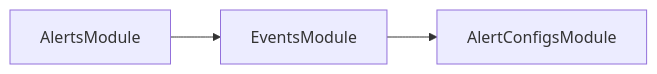
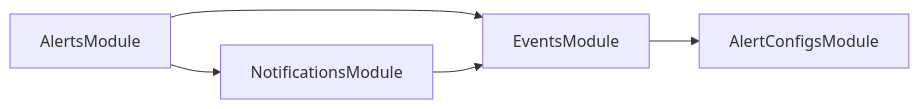
Before and after one commit to rodekruis/IBF: the diagram in services/api-service/module-dependencies.md, drawn with Mermaid. The commit also changed 18 other files, not shown here.

````diff
--- a/services/api-service/module-dependencies.md
+++ b/services/api-service/module-dependencies.md
@@ -3,5 +3,7 @@
 ```mermaid
 graph LR
   AlertsModule-->EventsModule
+  AlertsModule-->NotificationsModule
   EventsModule-->AlertConfigsModule
+  NotificationsModule-->EventsModule
 ```
````
